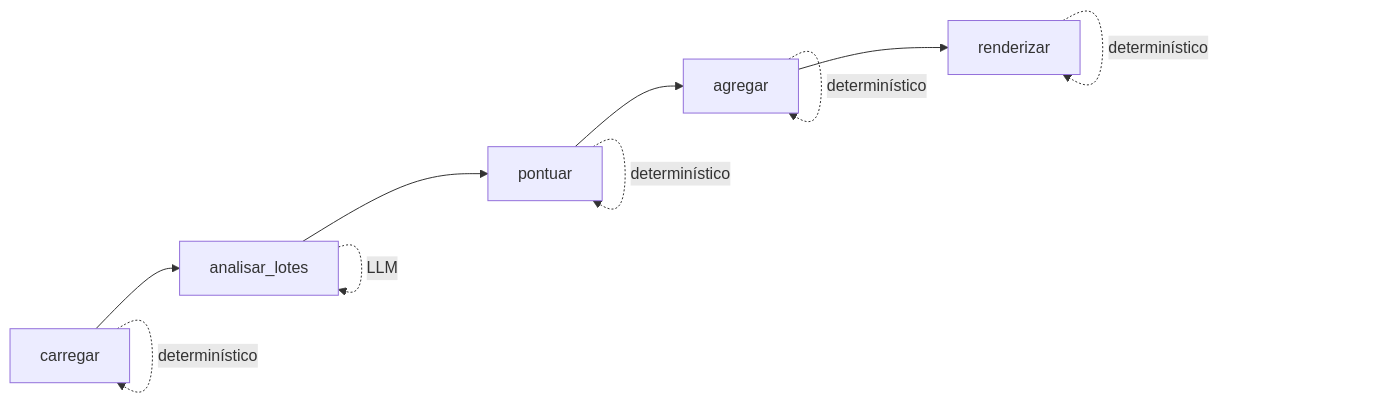
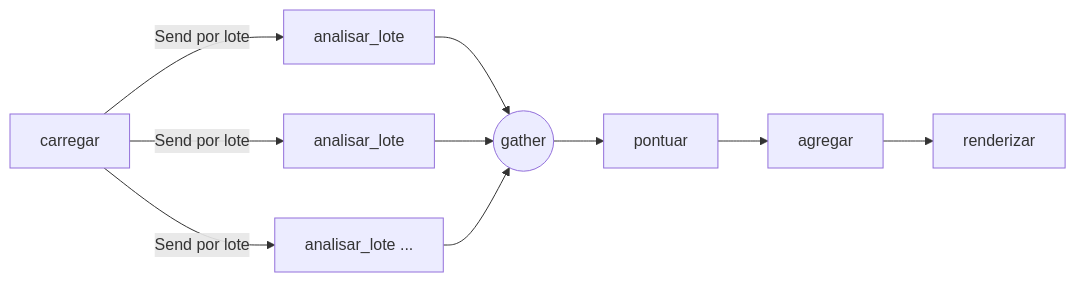
The first of 3 diagrams in _bmad-output/specs/spec-plataforma-analise-reclamacoes/architecture-diagrams.md (Nesomar/plataforma-analise-reclamacoes), drawn with Mermaid before and after one commit. The commit also changed other lines of this file and 10 other files, not shown here.

````diff
--- a/_bmad-output/specs/spec-plataforma-analise-reclamacoes/architecture-diagrams.md
+++ b/_bmad-output/specs/spec-plataforma-analise-reclamacoes/architecture-diagrams.md
@@ -9,13 +9,12 @@
 ```mermaid
 flowchart LR
-    A[carregar] --> B[analisar_lotes]
-    B --> C[pontuar]
+    A[carregar] -->|Send por lote| B1[analisar_lote]
+    A -->|Send por lote| B2[analisar_lote]
+    A -->|Send por lote| Bn[analisar_lote ...]
+    B1 --> G((gather))
+    B2 --> G
+    Bn --> G
+    G --> C[pontuar]
     C --> D[agregar]
     D --> E[renderizar]
-
-    A -.->|determinístico| A
-    B -.->|LLM| B
-    C -.->|determinístico| C
-    D -.->|determinístico| D
-    E -.->|determinístico| E
 ```
````
